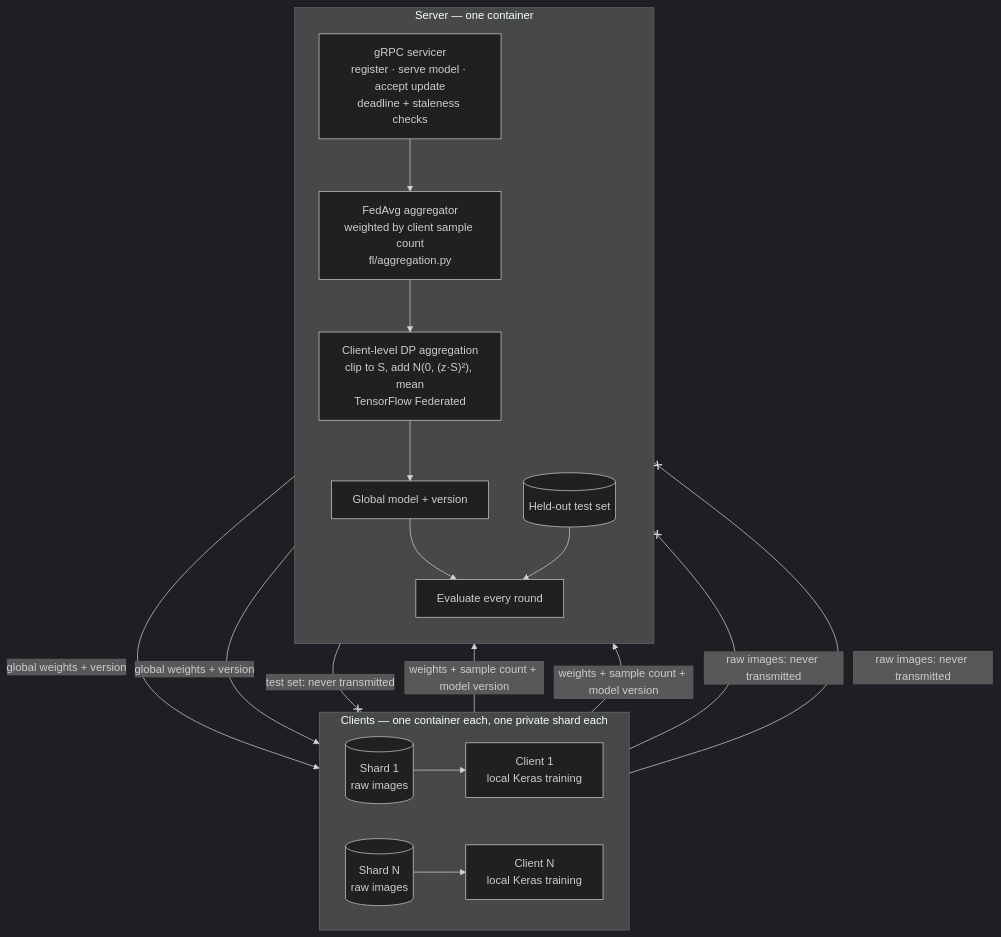
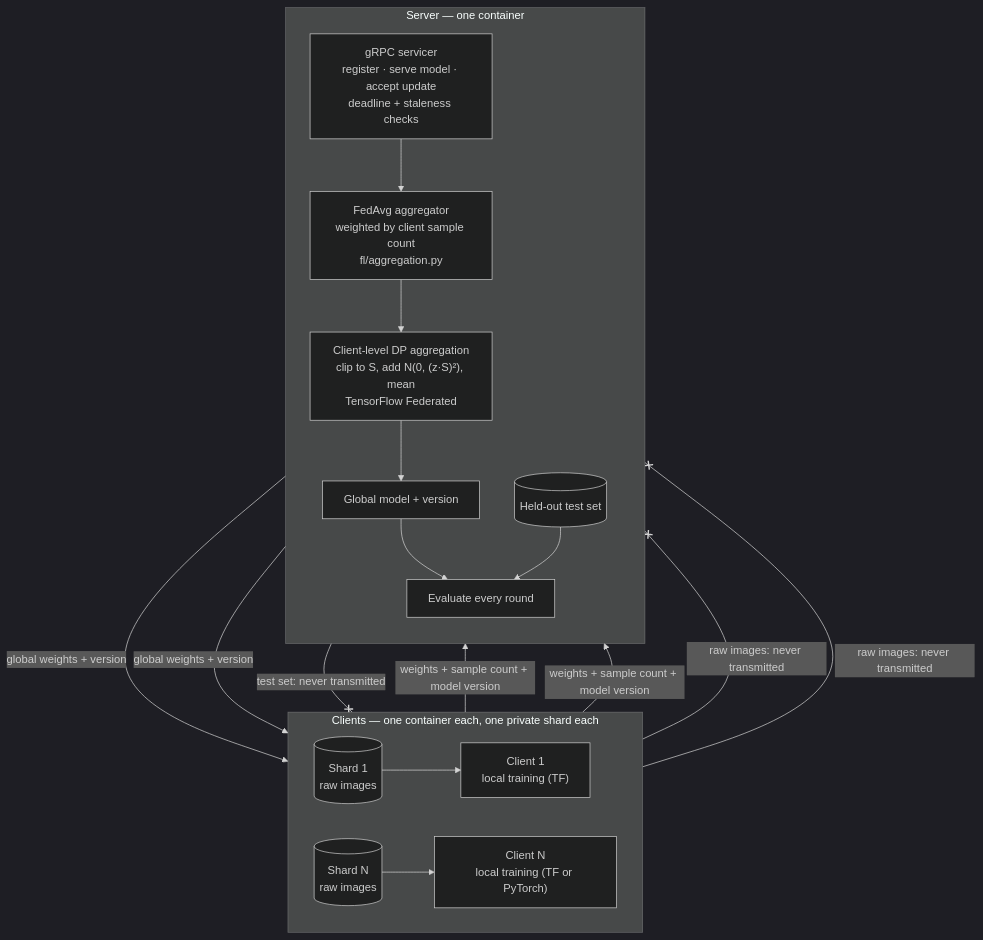
Before and after one commit to shAsh-cy/distributed-federated-framework-model-pt2: the diagram in README.md, drawn with Mermaid (dark theme). The commit also changed other lines of this file, not shown here.

````diff
--- a/README.md
+++ b/README.md
@@ -46,36 +46,36 @@
 ```mermaid
 flowchart TB
     subgraph clients["Clients — one container each, one private shard each"]
         direction LR
         D1[("Shard 1<br/>raw images")]
-        C1["Client 1<br/>local Keras training"]
+        C1["Client 1<br/>local training (TF)"]
         DN[("Shard N<br/>raw images")]
-        CN["Client N<br/>local Keras training"]
+        CN["Client N<br/>local training (TF or PyTorch)"]
         D1 --> C1
         DN --> CN
     end
 
     subgraph server["Server — one container"]
         direction TB
         RX["gRPC servicer<br/>register · serve model · accept update<br/>deadline + staleness checks"]
         AGG["FedAvg aggregator<br/>weighted by client sample count<br/>fl/aggregation.py"]
         DP["Client-level DP aggregation<br/>clip to S, add N(0, (z·S)²), mean<br/>TensorFlow Federated"]
         GM["Global model + version"]
         TEST[("Held-out test set")]
         EV["Evaluate every round"]
         RX --> AGG
         AGG --> DP
         DP --> GM
         GM --> EV
         TEST --> EV
     end
 
     C1 -->|"weights + sample count + model version"| RX
     CN -->|"weights + sample count + model version"| RX
     GM -->|"global weights + version"| C1
     GM -->|"global weights + version"| CN
 
     D1 --x|"raw images: never transmitted"| server
     DN --x|"raw images: never transmitted"| server
     TEST --x|"test set: never transmitted"| clients
 ```
````
